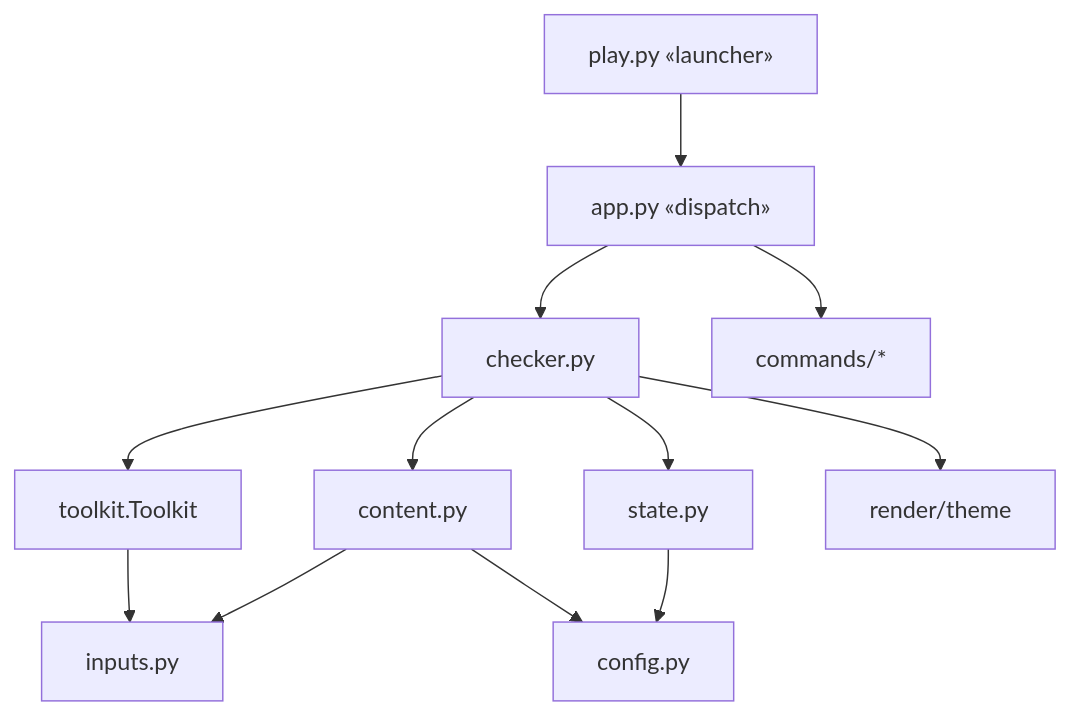
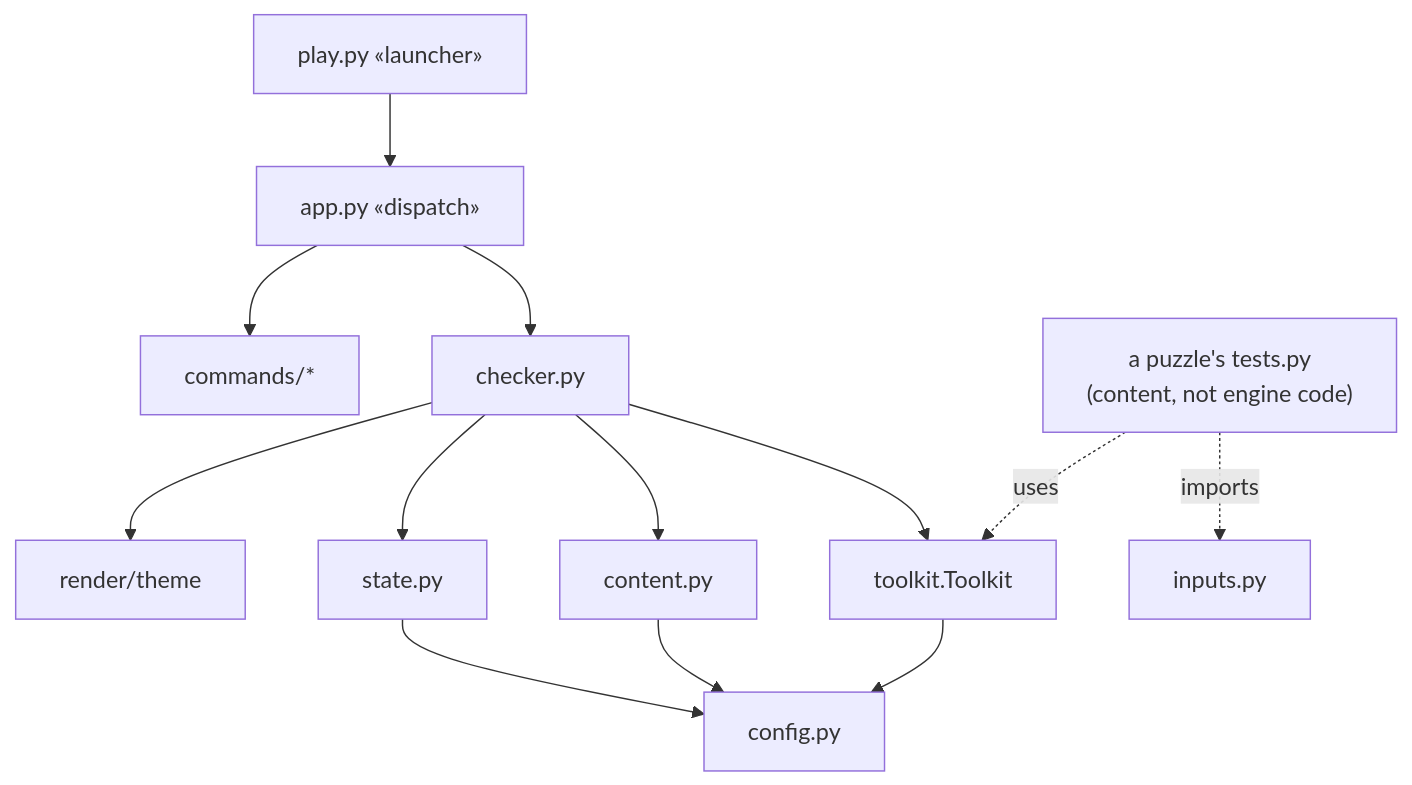
The first of 9 diagrams in docs/architecture/engine-core.md (N041M/PyQuest), drawn with Mermaid before and after one commit. The commit also changed other lines of this file and 1 other file, not shown here.

Commit message:
Refine architecture diagrams: container view, engine slices, upkeep note
Simplify the C4 container diagram to a true container level; add a level-3
engine component view broken into focused slices (at a glance, dispatch/verbs,
check path, data/foundation); fix the inputs edge (consumed by tests.py, not
toolkit/content); add an IMPORTANT note to keep the hand-maintained diagrams in
sync with the code.

````diff
--- a/docs/architecture/engine-core.md
+++ b/docs/architecture/engine-core.md
@@ -7,14 +7,15 @@
 ```mermaid
 flowchart TB
     play["play.py «launcher»"] --> app
     app["app.py «dispatch»"] --> checker
     app --> commands["commands/*"]
     checker["checker.py"] --> toolkit["toolkit.Toolkit"]
     checker --> content
     checker --> state
     checker --> render["render/theme"]
-    content["content.py"] --> config
-    state["state.py"] --> config["config.py"]
-    toolkit --> inputs["inputs.py"]
-    content --> inputs
+    content["content.py"] --> config["config.py"]
+    state["state.py"] --> config
+    toolkit --> config
+    tests["a puzzle's tests.py<br/>(content, not engine code)"] -. imports .-> inputs["inputs.py"]
+    tests -. uses .-> toolkit
 ```
````
